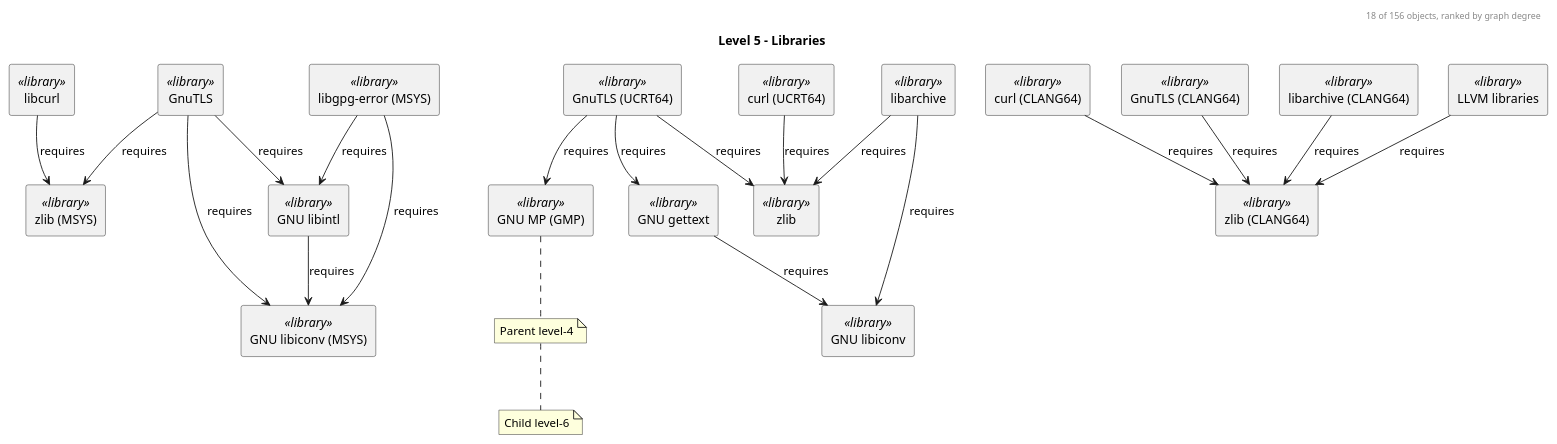
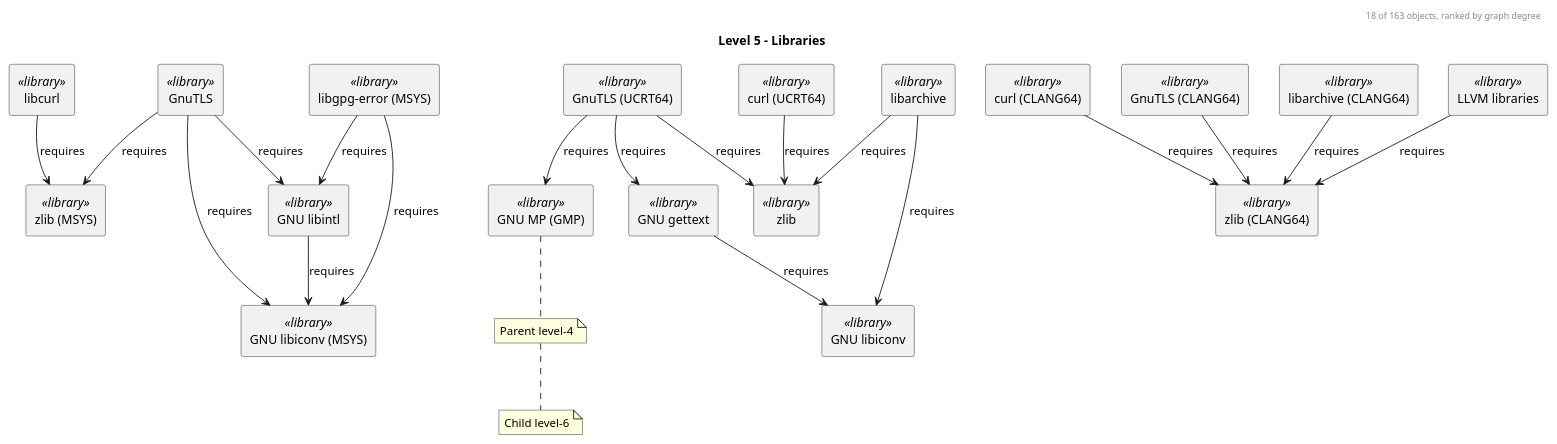
Before and after one commit to baileyrd/AKB: the diagram in diagrams/level-5.puml, drawn with PlantUML. The commit also changed 23 other files, not shown here.

```diff
--- a/diagrams/level-5.puml
+++ b/diagrams/level-5.puml
@@ -1,45 +1,45 @@
 @startuml level-5
 ' Generated from the composed model by tools/build_diagrams.py - do not edit by hand.
 title Level 5 - Libraries
-header 18 of 156 objects, ranked by graph degree
+header 18 of 163 objects, ranked by graph degree
 skinparam componentStyle rectangle
 skinparam defaultFontName sans-serif
 rectangle "GNU libintl" as n0 <<library>>
 rectangle "libcurl" as n1 <<library>>
 rectangle "GNU libiconv (MSYS)" as n2 <<library>>
 rectangle "zlib" as n3 <<library>>
 rectangle "zlib (MSYS)" as n4 <<library>>
 rectangle "curl (UCRT64)" as n5 <<library>>
 rectangle "GnuTLS" as n6 <<library>>
 rectangle "libarchive" as n7 <<library>>
 rectangle "curl (CLANG64)" as n8 <<library>>
 rectangle "GNU gettext" as n9 <<library>>
 rectangle "zlib (CLANG64)" as n10 <<library>>
 rectangle "GnuTLS (CLANG64)" as n11 <<library>>
 rectangle "GnuTLS (UCRT64)" as n12 <<library>>
 rectangle "GNU libiconv" as n13 <<library>>
 rectangle "libgpg-error (MSYS)" as n14 <<library>>
 rectangle "libarchive (CLANG64)" as n15 <<library>>
 rectangle "LLVM libraries" as n16 <<library>>
 rectangle "GNU MP (GMP)" as n17 <<library>>
 n9 --> n13 : requires
 n7 --> n13 : requires
 n7 --> n3 : requires
 n6 --> n0 : requires
 n14 --> n0 : requires
 n6 --> n2 : requires
 n0 --> n2 : requires
 n14 --> n2 : requires
 n1 --> n4 : requires
 n11 --> n10 : requires
 n8 --> n10 : requires
 n15 --> n10 : requires
 n16 --> n10 : requires
 n5 --> n3 : requires
 n12 --> n9 : requires
 n12 --> n17 : requires
 n12 --> n3 : requires
 n6 --> n4 : requires
 note bottom : Parent level-4
 note bottom : Child level-6
 @enduml
```
